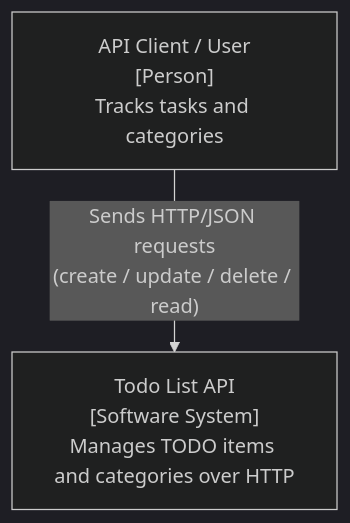
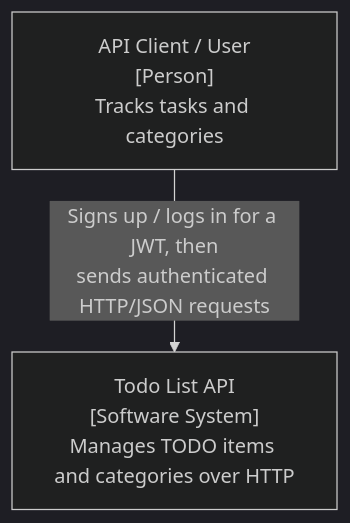
Before and after one commit to rahulkrishnanfs/todolist: the first of 3 diagrams in README.md, drawn with Mermaid (dark theme). The commit also changed other lines of this file and 19 other files, not shown here.

First line of the commit message:
feat(auth): add JWT auth with user signup/login (#21)

````diff
--- a/README.md
+++ b/README.md
@@ -117,7 +172,7 @@
 ```mermaid
 flowchart TD
     user["API Client / User<br/>[Person]<br/>Tracks tasks and categories"]
     system["Todo List API<br/>[Software System]<br/>Manages TODO items and categories over HTTP"]
 
-    user -->|"Sends HTTP/JSON requests<br/>(create / update / delete / read)"| system
+    user -->|"Signs up / logs in for a JWT, then<br/>sends authenticated HTTP/JSON requests"| system
 ```
````
